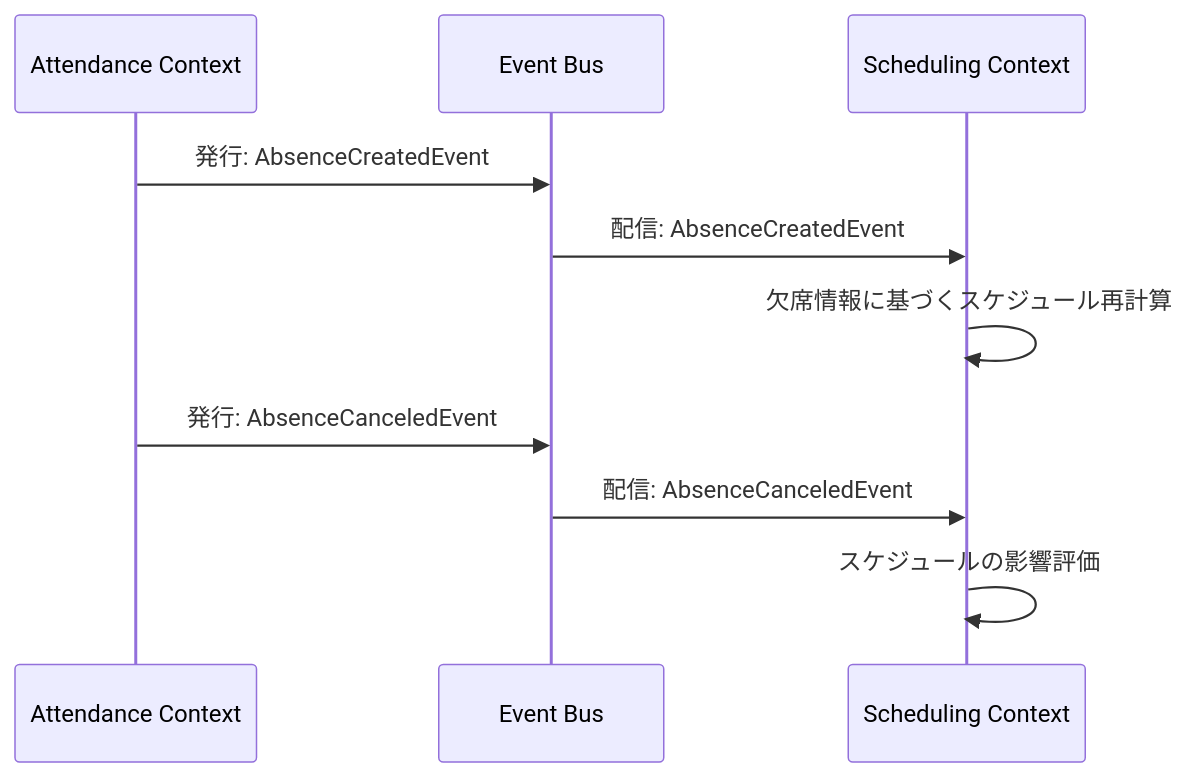
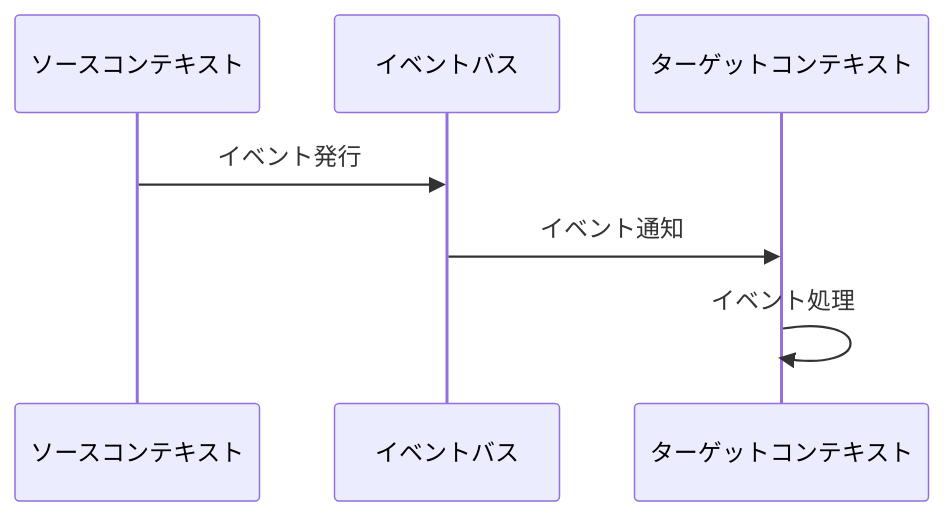
The tenth of 15 diagrams in 設計書/03_バウンデッドコンテキスト.md (NowatariSoma/tomosigoto_nou_system), drawn with Mermaid before and after one commit. The commit also changed other lines of this file and 12 other files, not shown here.

````diff
--- a/設計書/03_バウンデッドコンテキスト.md
+++ b/設計書/03_バウンデッドコンテキスト.md
@@ -258,14 +472,10 @@
 ```mermaid
 sequenceDiagram
-    participant A as Attendance Context
-    participant E as Event Bus
-    participant S as Scheduling Context
+    participant Source as ソースコンテキスト
+    participant EventBus as イベントバス
+    participant Target as ターゲットコンテキスト
     
-    A->>E: 発行: AbsenceCreatedEvent
-    E->>S: 配信: AbsenceCreatedEvent
-    S->>S: 欠席情報に基づくスケジュール再計算
-    
-    A->>E: 発行: AbsenceCanceledEvent
-    E->>S: 配信: AbsenceCanceledEvent
-    S->>S: スケジュールの影響評価
+    Source->>EventBus: イベント発行
+    EventBus->>Target: イベント通知
+    Target->>Target: イベント処理
 ```
````
